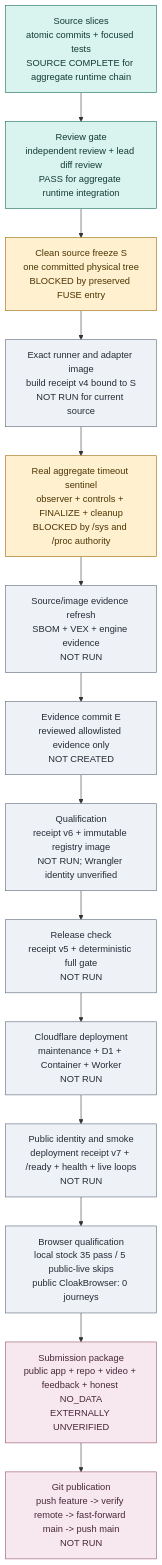
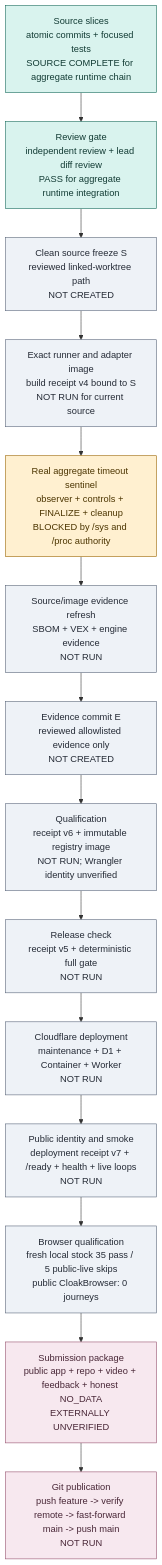
One commit to ALikesToCode/CounterLab changed the first of 3 diagrams in docs/audits/counterlab-first-prize/19_RELEASE_DEPENDENCY_AND_REVIEW_GRAPH.md. Above: the diagram before and after it, drawn with Mermaid. The commit also changed other lines of this file and 1 other file, not shown here.

Commit message:
docs(release): refresh verification graph

````diff
--- a/docs/audits/counterlab-first-prize/19_RELEASE_DEPENDENCY_AND_REVIEW_GRAPH.md
+++ b/docs/audits/counterlab-first-prize/19_RELEASE_DEPENDENCY_AND_REVIEW_GRAPH.md
@@ -33,28 +33,28 @@
 ```mermaid
 flowchart TD
   A["Source slices<br/>atomic commits + focused tests<br/>SOURCE COMPLETE for aggregate runtime chain"]
   B["Review gate<br/>independent review + lead diff review<br/>PASS for aggregate runtime integration"]
-  C["Clean source freeze S<br/>one committed physical tree<br/>BLOCKED by preserved FUSE entry"]
+  C["Clean source freeze S<br/>reviewed linked-worktree path<br/>NOT CREATED"]
   D["Exact runner and adapter image<br/>build receipt v4 bound to S<br/>NOT RUN for current source"]
   E["Real aggregate timeout sentinel<br/>observer + controls + FINALIZE + cleanup<br/>BLOCKED by /sys and /proc authority"]
   F["Source/image evidence refresh<br/>SBOM + VEX + engine evidence<br/>NOT RUN"]
   G["Evidence commit E<br/>reviewed allowlisted evidence only<br/>NOT CREATED"]
   H["Qualification<br/>receipt v6 + immutable registry image<br/>NOT RUN; Wrangler identity unverified"]
   I["Release check<br/>receipt v5 + deterministic full gate<br/>NOT RUN"]
   J["Cloudflare deployment<br/>maintenance + D1 + Container + Worker<br/>NOT RUN"]
   K["Public identity and smoke<br/>deployment receipt v7 + /ready + health + live loops<br/>NOT RUN"]
-  L["Browser qualification<br/>local stock 35 pass / 5 public-live skips<br/>public CloakBrowser: 0 journeys"]
+  L["Browser qualification<br/>fresh local stock 35 pass / 5 public-live skips<br/>public CloakBrowser: 0 journeys"]
   M["Submission package<br/>public app + repo + video + feedback + honest NO_DATA<br/>EXTERNALLY UNVERIFIED"]
   N["Git publication<br/>push feature -> verify remote -> fast-forward main -> push main<br/>NOT RUN"]
 
   A --> B --> C --> D --> E --> F --> G --> H --> I --> J --> K --> L --> M --> N
 
   classDef pass fill:#d9f3ee,stroke:#176b5b,color:#123b34;
   classDef blocked fill:#fff0d0,stroke:#9a6500,color:#4c3500;
   classDef pending fill:#eef2f7,stroke:#596579,color:#252b36;
   classDef external fill:#f7e8ef,stroke:#95506d,color:#482636;
   class A,B pass;
-  class C,E blocked;
-  class D,F,G,H,I,J,K,L pending;
+  class E blocked;
+  class C,D,F,G,H,I,J,K,L pending;
   class M,N external;
 ```
````
